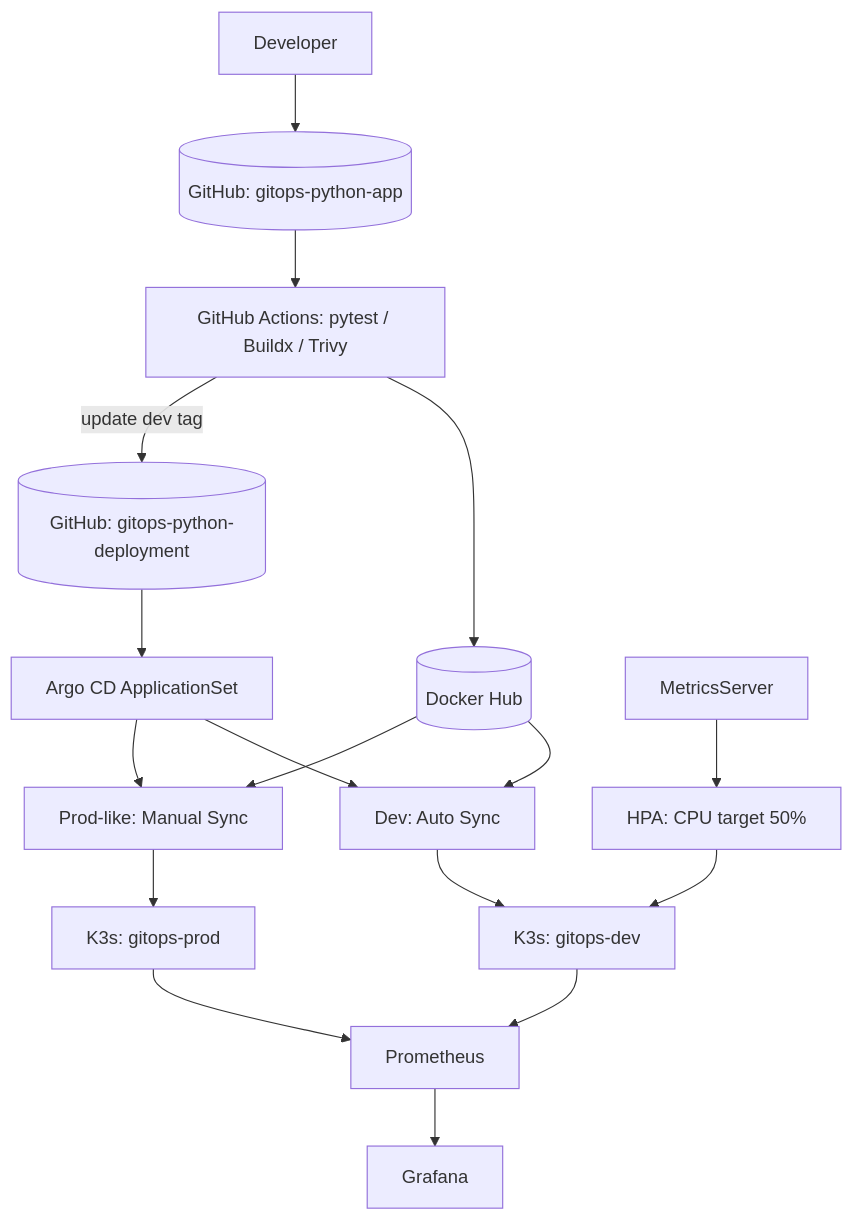
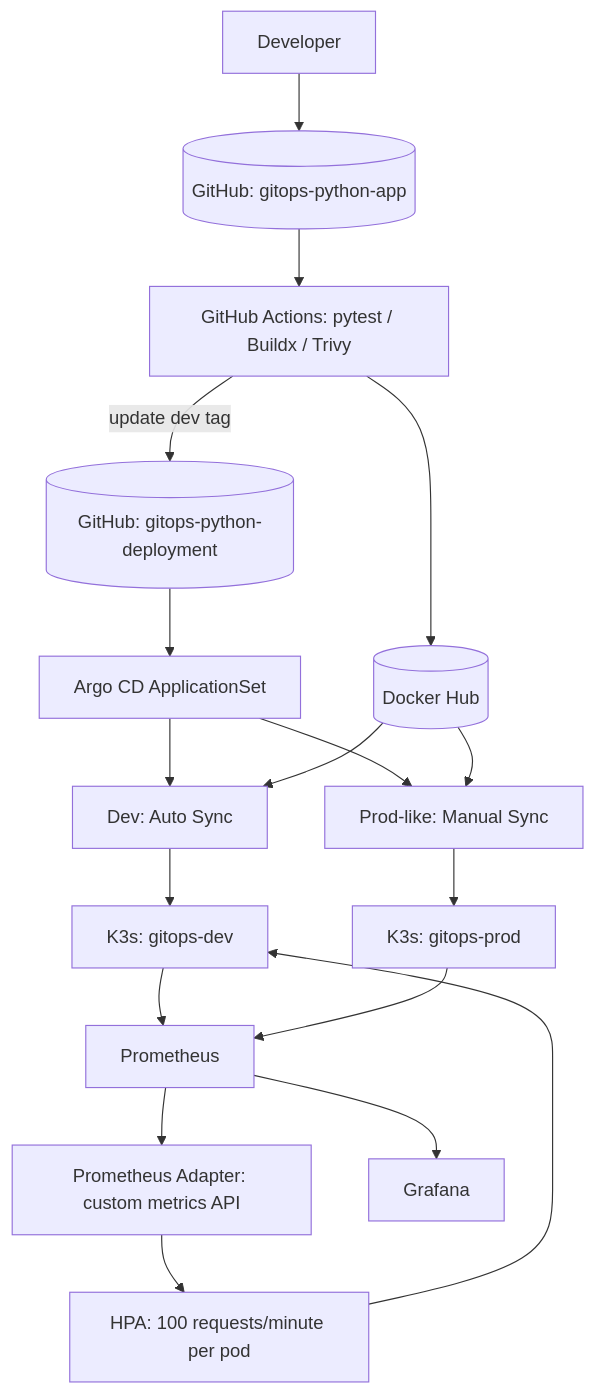
The diagram in README.md (mrattdevops/gitops-python-deployment), drawn with Mermaid before and after one commit. The commit also changed other lines of this file and 13 other files, not shown here.

Commit message:
Change metrics provider keda to native-adapter

````diff
--- a/README.md
+++ b/README.md
@@ -13,19 +13,20 @@
 ```mermaid
 flowchart TB
     Developer --> AppRepo[(GitHub: gitops-python-app)]
     AppRepo --> CI[GitHub Actions: pytest / Buildx / Trivy]
     CI --> DockerHub[(Docker Hub)]
     CI -->|update dev tag| GitOps[(GitHub: gitops-python-deployment)]
     GitOps --> ApplicationSet[Argo CD ApplicationSet]
     ApplicationSet --> Dev[Dev: Auto Sync]
     ApplicationSet --> Prod[Prod-like: Manual Sync]
     DockerHub --> Dev
     DockerHub --> Prod
     Dev --> K3sDev[K3s: gitops-dev]
     Prod --> K3sProd[K3s: gitops-prod]
-    MetricsServer --> HPA[HPA: CPU target 50%]
+    Prometheus --> Adapter[Prometheus Adapter: custom metrics API]
+    Adapter --> HPA[HPA: 100 requests/minute per pod]
     HPA --> K3sDev
     K3sDev --> Prometheus
     K3sProd --> Prometheus
     Prometheus --> Grafana
 ```
````
